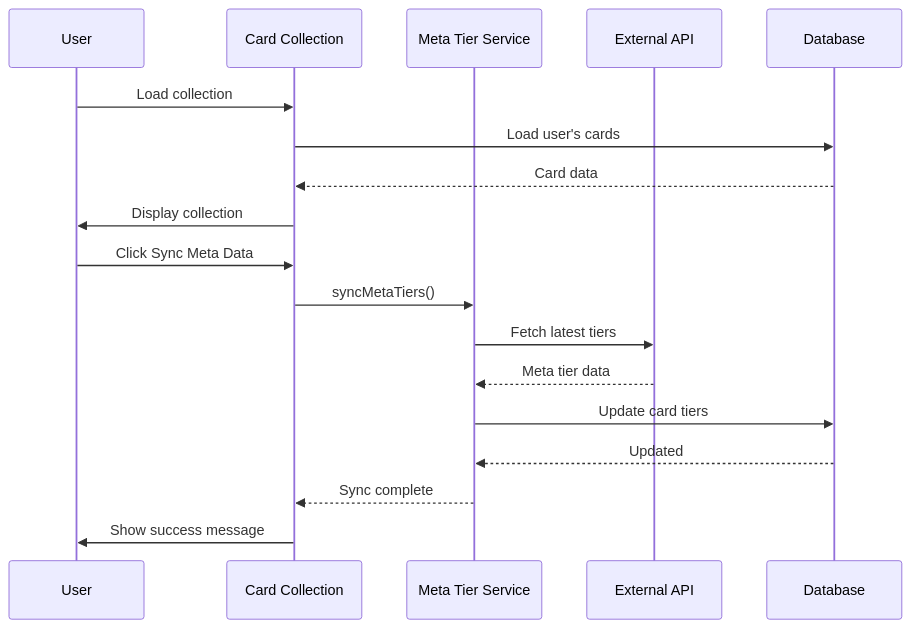
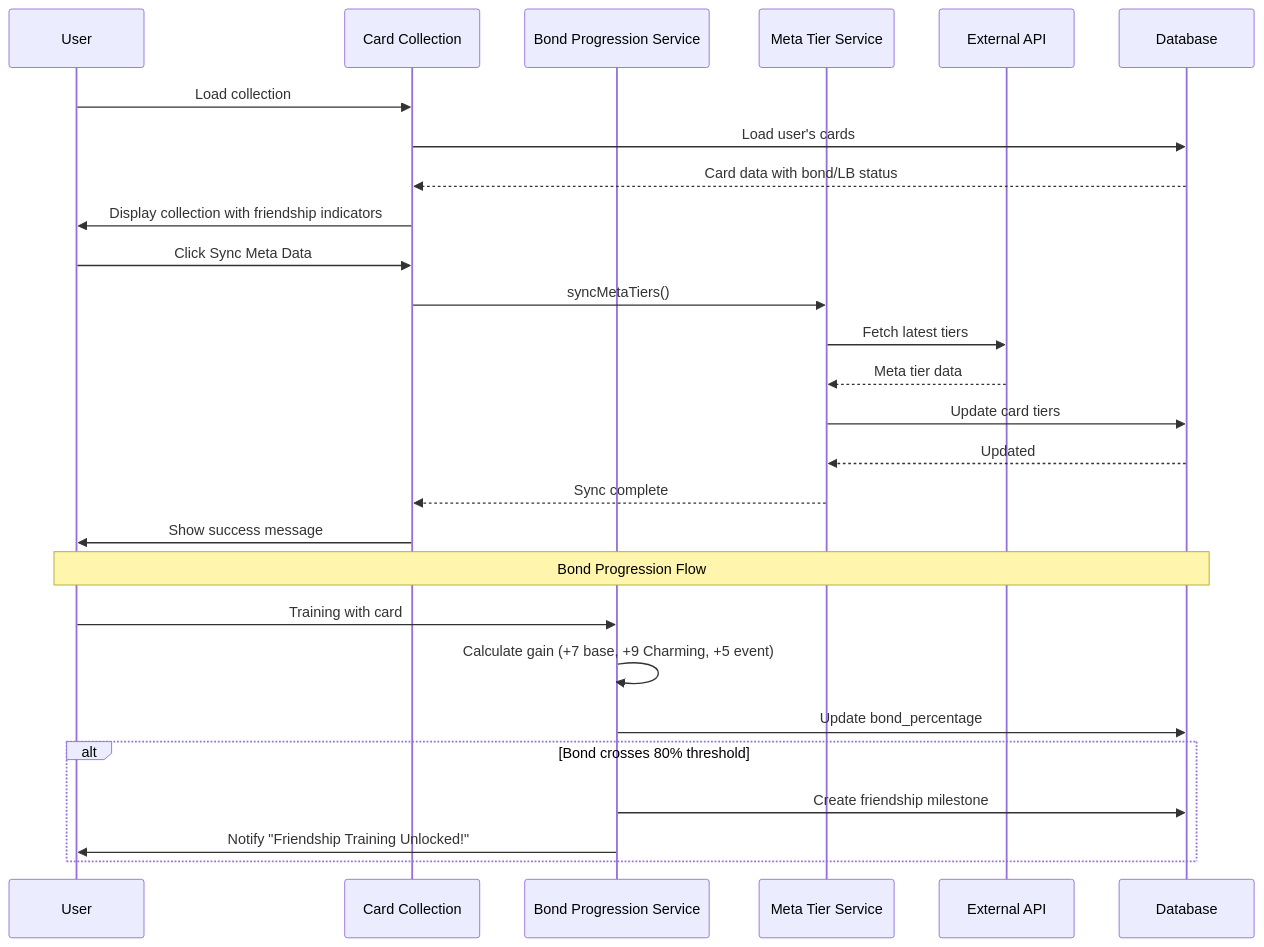
Before and after one commit to exatfrds67/umamusume-career-planner: the first of 4 diagrams in docs/01-wireframes/WF-010_Support_Card_Collection.md, drawn with Mermaid. The commit also changed other lines of this file and 313 other files, not shown here.

````diff
--- a/docs/01-wireframes/WF-010_Support_Card_Collection.md
+++ b/docs/01-wireframes/WF-010_Support_Card_Collection.md
@@ -738,22 +950,32 @@
 ```mermaid
 sequenceDiagram
     participant User
     participant Collection as Card Collection
+    participant BondService as Bond Progression Service
     participant MetaService as Meta Tier Service
     participant ExternalAPI as External API
     participant Database
-    
+
     User->>Collection: Load collection
     Collection->>Database: Load user's cards
-    Database-->>Collection: Card data
-    Collection->>User: Display collection
-    
+    Database-->>Collection: Card data with bond/LB status
+    Collection->>User: Display collection with friendship indicators
+
     User->>Collection: Click Sync Meta Data
     Collection->>MetaService: syncMetaTiers()
     MetaService->>ExternalAPI: Fetch latest tiers
     ExternalAPI-->>MetaService: Meta tier data
     MetaService->>Database: Update card tiers
     Database-->>MetaService: Updated
     MetaService-->>Collection: Sync complete
     Collection->>User: Show success message
+
+    Note over User,Database: Bond Progression Flow
+    User->>BondService: Training with card
+    BondService->>BondService: Calculate gain (+7 base, +9 Charming, +5 event)
+    BondService->>Database: Update bond_percentage
+    alt Bond crosses 80% threshold
+        BondService->>Database: Create friendship milestone
+        BondService->>User: Notify "Friendship Training Unlocked!"
+    end
 ```
````
